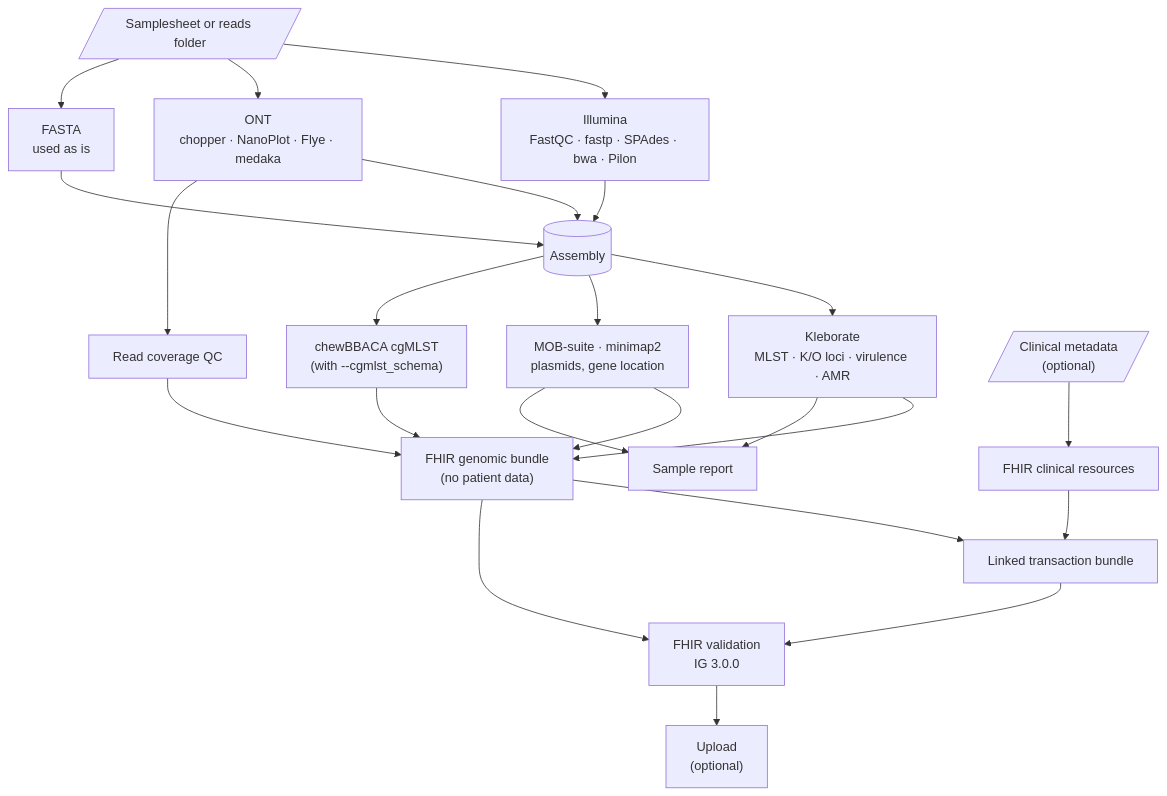
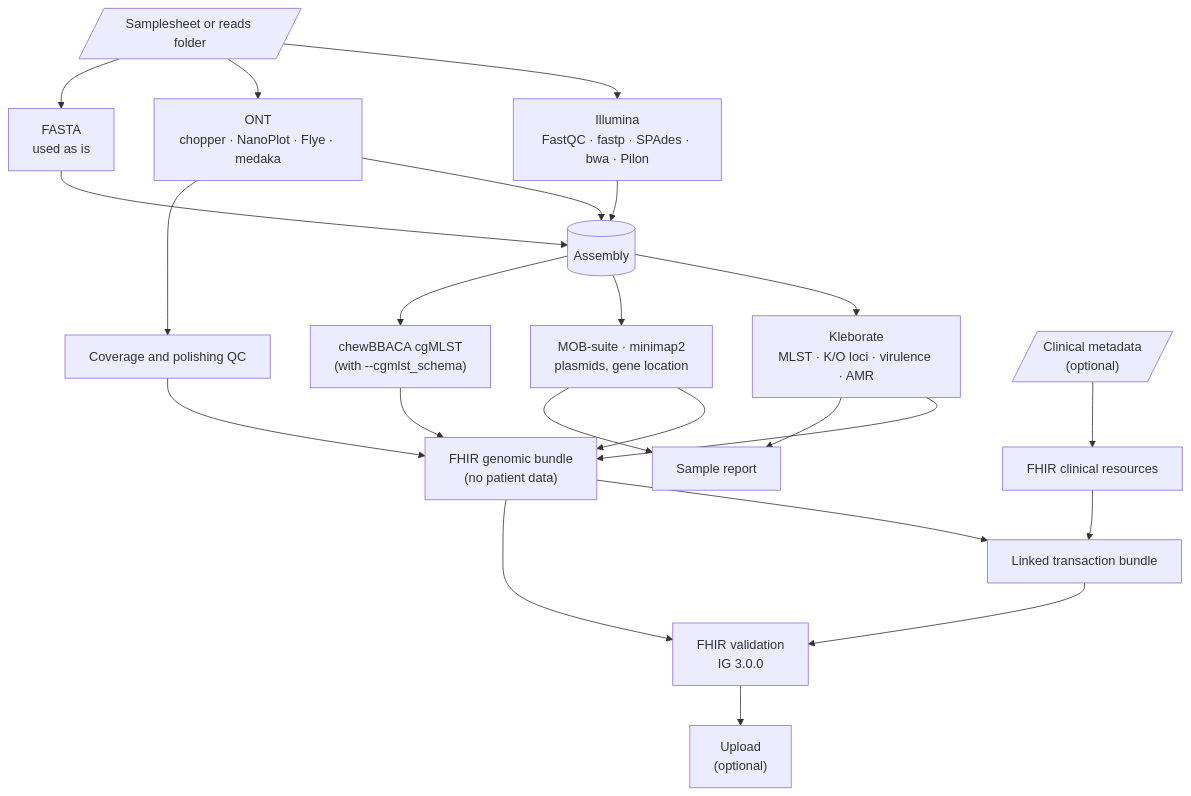
One commit to robind1/KP-pipeline-docs changed the diagram in docs/source/architecture.md. Above: the diagram before and after it, drawn with Mermaid. The commit also changed 11 other files, not shown here.

````diff
--- a/docs/source/architecture.md
+++ b/docs/source/architecture.md
@@ -7,18 +7,18 @@
 ```mermaid
 flowchart TD
     IN[/"Samplesheet or reads folder"/]
     IN --> ILL["Illumina<br/>FastQC · fastp · SPAdes · bwa · Pilon"]
     IN --> ONT["ONT<br/>chopper · NanoPlot · Flye · medaka"]
     IN --> FA["FASTA<br/>used as is"]
     ILL & ONT & FA --> ASM[("Assembly")]
-    ONT --> QC["Read coverage QC"]
+    ONT --> QC["Coverage and polishing QC"]
     ASM --> TYP["Kleborate<br/>MLST · K/O loci · virulence · AMR"]
     ASM --> PLA["MOB-suite · minimap2<br/>plasmids, gene location"]
     ASM --> CG["chewBBACA cgMLST<br/>(with --cgmlst_schema)"]
     TYP & PLA & CG & QC --> GEN["FHIR genomic bundle<br/>(no patient data)"]
     TYP & PLA --> REP["Sample report"]
     META[/"Clinical metadata<br/>(optional)"/] --> CLIN["FHIR clinical resources"]
     GEN & CLIN --> LINK["Linked transaction bundle"]
     GEN & LINK --> VAL["FHIR validation<br/>IG 3.0.0"]
     VAL --> UP["Upload<br/>(optional)"]
 ```
````
